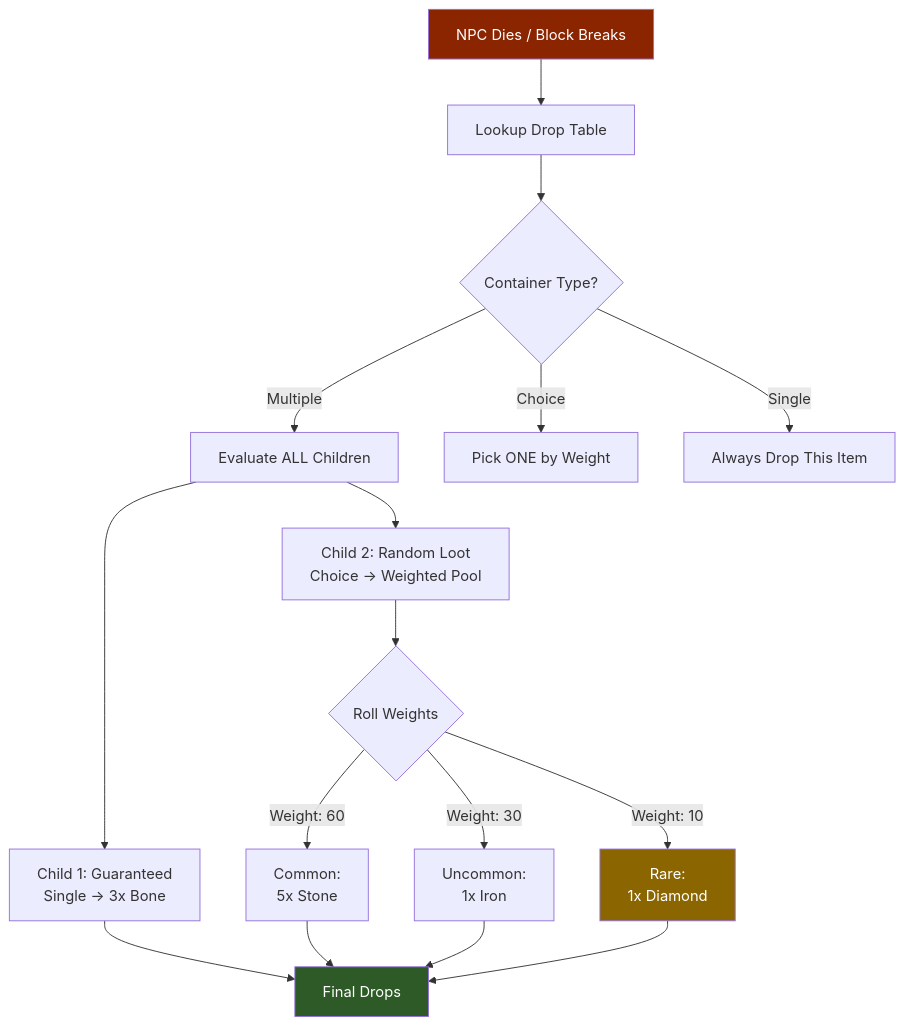
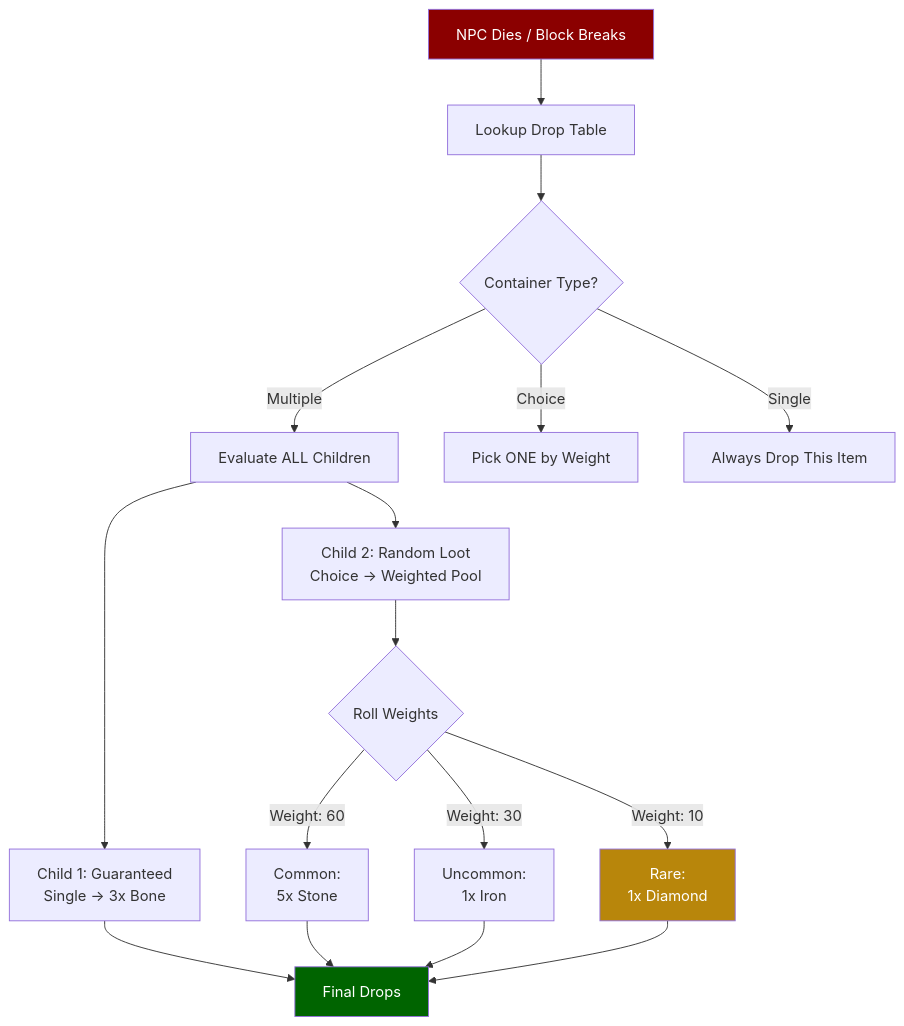
Before and after one commit to nevesb/hytale-modding-docs: the first of 2 diagrams in src/content/docs/es/reference/economy-and-progression/drop-tables.md, drawn with Mermaid. The commit also changed other lines of this file and 34 other files, not shown here.

````diff
--- a/src/content/docs/es/reference/economy-and-progression/drop-tables.md
+++ b/src/content/docs/es/reference/economy-and-progression/drop-tables.md
@@ -12,26 +12,26 @@
 ```mermaid
-flowchart TD
+flowchart TD;
     A[NPC Dies / Block Breaks] --> B[Lookup Drop Table]
     B --> C{Container Type?}
 
     C -->|"Multiple"| D[Evaluate ALL Children]
     C -->|"Choice"| E[Pick ONE by Weight]
     C -->|"Single"| F[Always Drop This Item]
 
-    D --> G["Child 1: Guaranteed<br/>Single → 3x Bone"]
-    D --> H["Child 2: Random Loot<br/>Choice → Weighted Pool"]
+    D --> G["Child 1: Guaranteed<br>Single → 3x Bone"]
+    D --> H["Child 2: Random Loot<br>Choice → Weighted Pool"]
 
     H --> I{Roll Weights}
-    I -->|"Weight: 60"| J["Common:<br/>5x Stone"]
-    I -->|"Weight: 30"| K["Uncommon:<br/>1x Iron"]
-    I -->|"Weight: 10"| L["Rare:<br/>1x Diamond"]
+    I -->|"Weight: 60"| J["Common:<br>5x Stone"]
+    I -->|"Weight: 30"| K["Uncommon:<br>1x Iron"]
+    I -->|"Weight: 10"| L["Rare:<br>1x Diamond"]
 
     G --> M[Final Drops]
     J --> M
     K --> M
     L --> M
 
-    style A fill:#8b2500,color:#fff
-    style M fill:#2d5a27,color:#fff
-    style L fill:#8b6500,color:#fff
+    style A fill:darkred,color:white
+    style M fill:darkgreen,color:white
+    style L fill:darkgoldenrod,color:white
 ```
````
